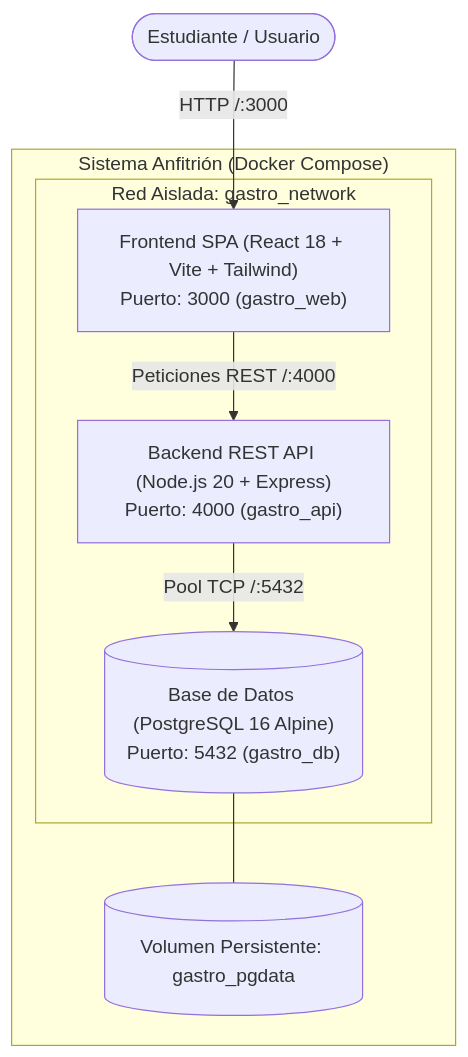
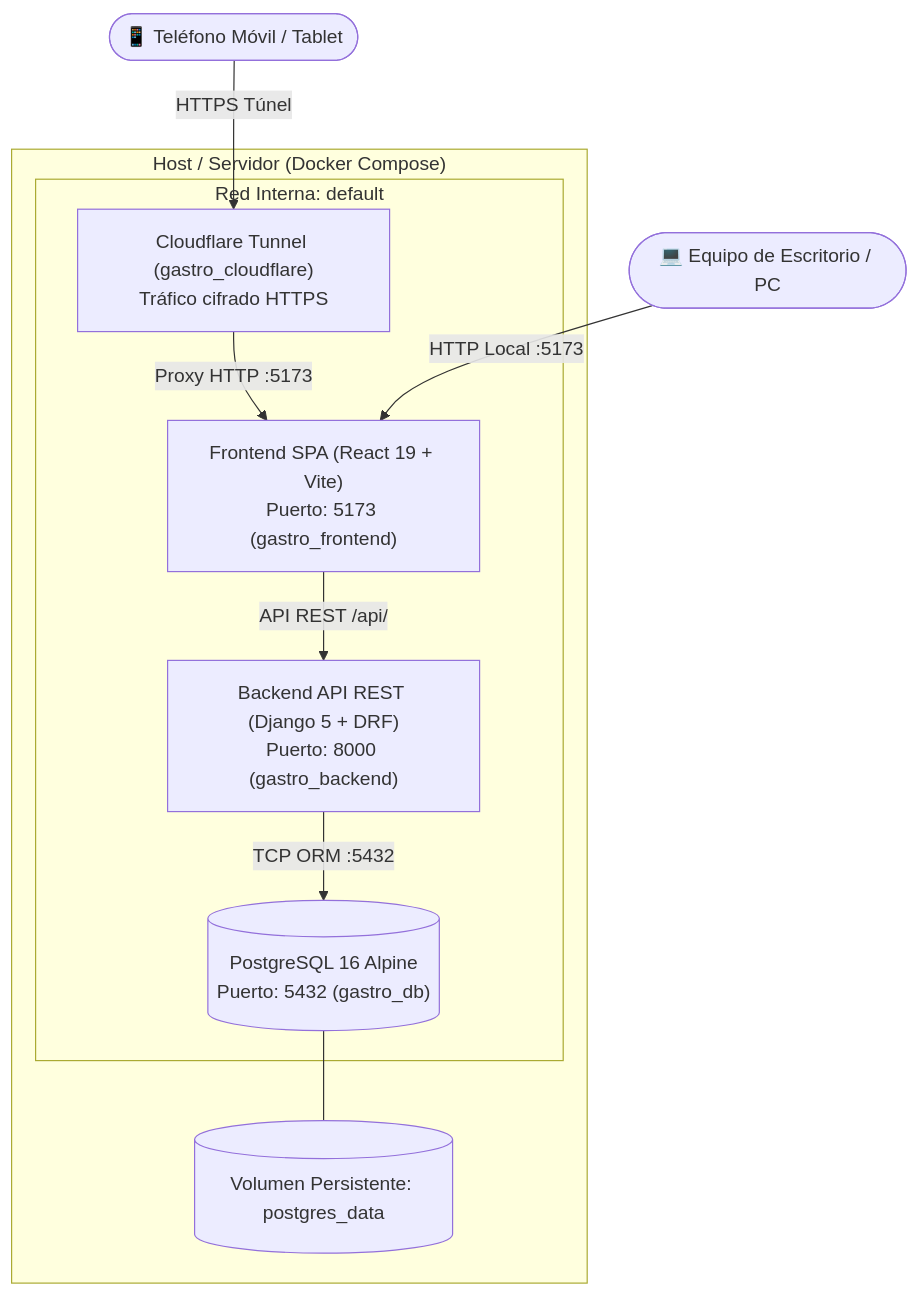
One commit to DarkDoomSlayer/Gastro changed the diagram in README.md. Above: the diagram before and after it, drawn with Mermaid. The commit also changed other lines of this file and 86 other files, not shown here.

Commit message:
Sistema Base Validado

````diff
--- a/README.md
+++ b/README.md
@@ -25,16 +58,19 @@
 ```mermaid
 graph TD
-    subgraph Host["Sistema Anfitrión (Docker Compose)"]
-        subgraph GastroNet["Red Aislada: gastro_network"]
-            Frontend["Frontend SPA (React 18 + Vite + Tailwind)\nPuerto: 3000 (gastro_web)"]
-            Backend["Backend REST API (Node.js 20 + Express)\nPuerto: 4000 (gastro_api)"]
-            Database[("Base de Datos (PostgreSQL 16 Alpine)\nPuerto: 5432 (gastro_db)")]
+    subgraph Host["Host / Servidor (Docker Compose)"]
+        subgraph GastroNet["Red Interna: default"]
+            Frontend["Frontend SPA (React 19 + Vite)\nPuerto: 5173 (gastro_frontend)"]
+            Backend["Backend API REST (Django 5 + DRF)\nPuerto: 8000 (gastro_backend)"]
+            Database[("PostgreSQL 16 Alpine\nPuerto: 5432 (gastro_db)")]
+            Cloudflare["Cloudflare Tunnel (gastro_cloudflare)\nTráfico cifrado HTTPS"]
         end
-        Volume[("Volumen Persistente: gastro_pgdata")]
+        Volume[("Volumen Persistente: postgres_data")]
     end
 
-    User([Estudiante / Usuario]) -->|HTTP /:3000| Frontend
-    Frontend -->|Peticiones REST /:4000| Backend
-    Backend -->|Pool TCP /:5432| Database
+    UserMobile(["📱 Teléfono Móvil / Tablet"]) -->|HTTPS Túnel| Cloudflare
+    Cloudflare -->|Proxy HTTP :5173| Frontend
+    UserPC(["💻 Equipo de Escritorio / PC"]) -->|HTTP Local :5173| Frontend
+    Frontend -->|API REST /api/| Backend
+    Backend -->|TCP ORM :5432| Database
     Database --- Volume
 ```
````
